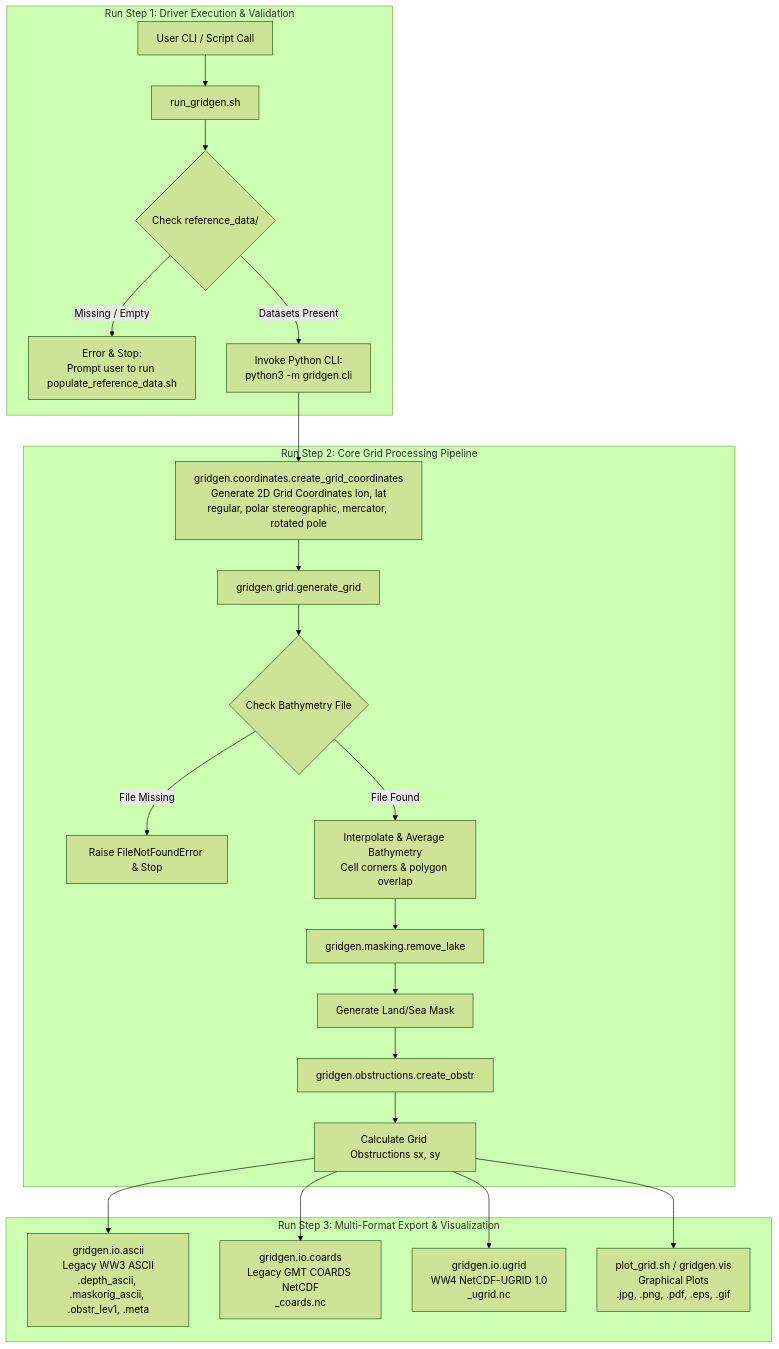
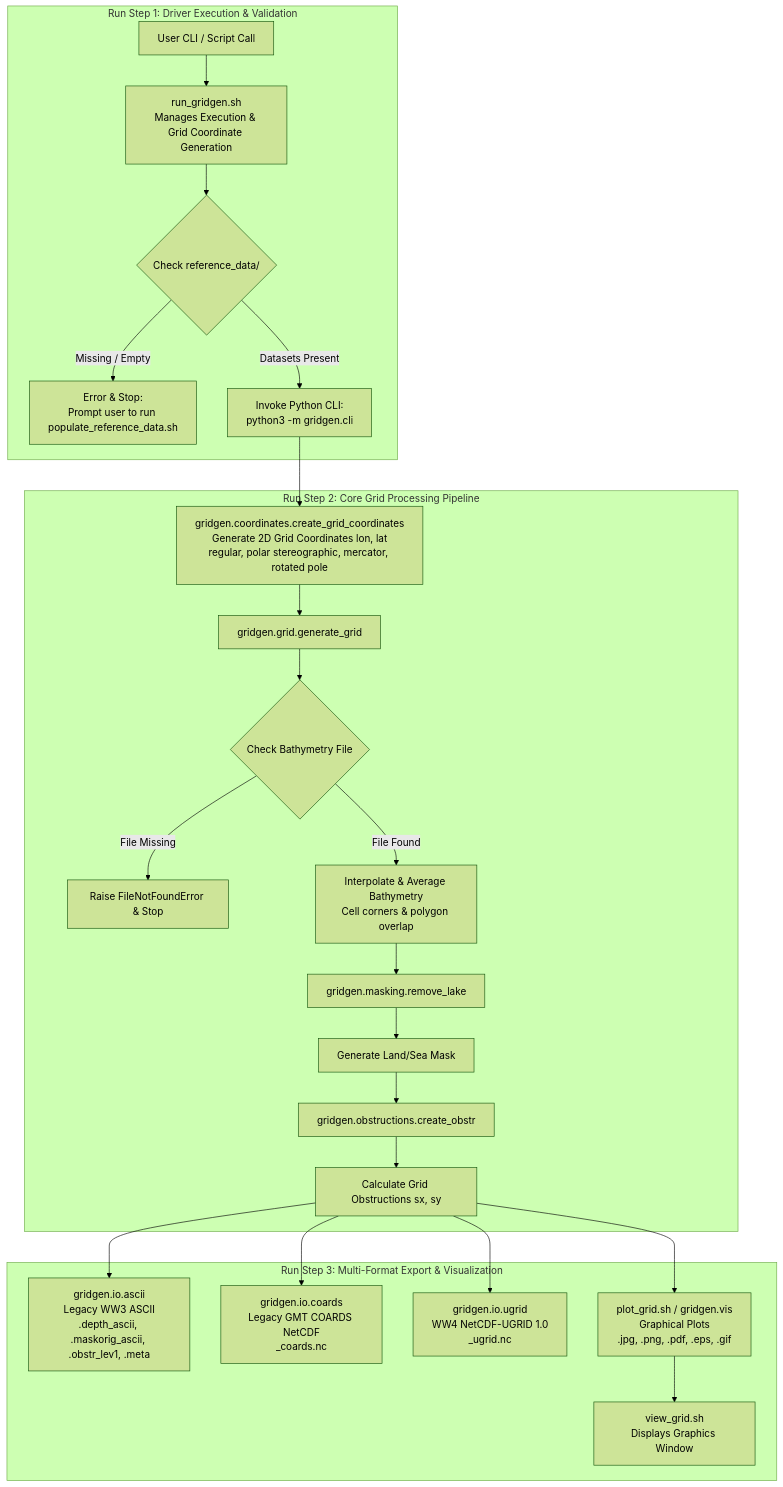
The second of 2 diagrams in ARCHITECTURE.md (HendrikTolman-NOAA/gridgen), drawn with Mermaid (forest theme) before and after one commit. The commit also changed other lines of this file and 2 other files, not shown here.

First line of the commit message:
Add grid coordinate generation step, full 2D UGRID output, and update ARCHITECTURE.md

````diff
--- a/ARCHITECTURE.md
+++ b/ARCHITECTURE.md
@@ -45,30 +45,31 @@
 ```mermaid
 flowchart TD
     subgraph Run Step 1: Driver Execution & Validation
-        E[User CLI / Script Call] --> F[run_gridgen.sh]
+        E[User CLI / Script Call] --> F[run_gridgen.sh<br/>Manages Execution & Grid Coordinate Generation]
         F --> G{Check reference_data/}
         G -- Missing / Empty --> H[Error & Stop:<br/>Prompt user to run populate_reference_data.sh]
         G -- Datasets Present --> I[Invoke Python CLI:<br/>python3 -m gridgen.cli]
     end
 
     subgraph Run Step 2: Core Grid Processing Pipeline
         I --> J0[gridgen.coordinates.create_grid_coordinates<br/>Generate 2D Grid Coordinates lon, lat<br/>regular, polar stereographic, mercator, rotated pole]
         J0 --> J[gridgen.grid.generate_grid]
         J --> K{Check Bathymetry File}
         K -- File Missing --> L[Raise FileNotFoundError & Stop]
         K -- File Found --> M[Interpolate & Average Bathymetry<br/>Cell corners & polygon overlap]
 
         M --> N[gridgen.masking.remove_lake]
         N --> O[Generate Land/Sea Mask]
 
         O --> P[gridgen.obstructions.create_obstr]
         P --> Q[Calculate Grid Obstructions sx, sy]
     end
 
     subgraph Run Step 3: Multi-Format Export & Visualization
         Q --> R1[gridgen.io.ascii<br/>Legacy WW3 ASCII<br/>.depth_ascii, .maskorig_ascii, .obstr_lev1, .meta]
         Q --> R2[gridgen.io.coards<br/>Legacy GMT COARDS NetCDF<br/>_coards.nc]
         Q --> R3[gridgen.io.ugrid<br/>WW4 NetCDF-UGRID 1.0<br/>_ugrid.nc]
         Q --> R4[plot_grid.sh / gridgen.vis<br/>Graphical Plots<br/>.jpg, .png, .pdf, .eps, .gif]
+        R4 --> R5[view_grid.sh<br/>Displays Graphics Window]
     end
 ```
````
